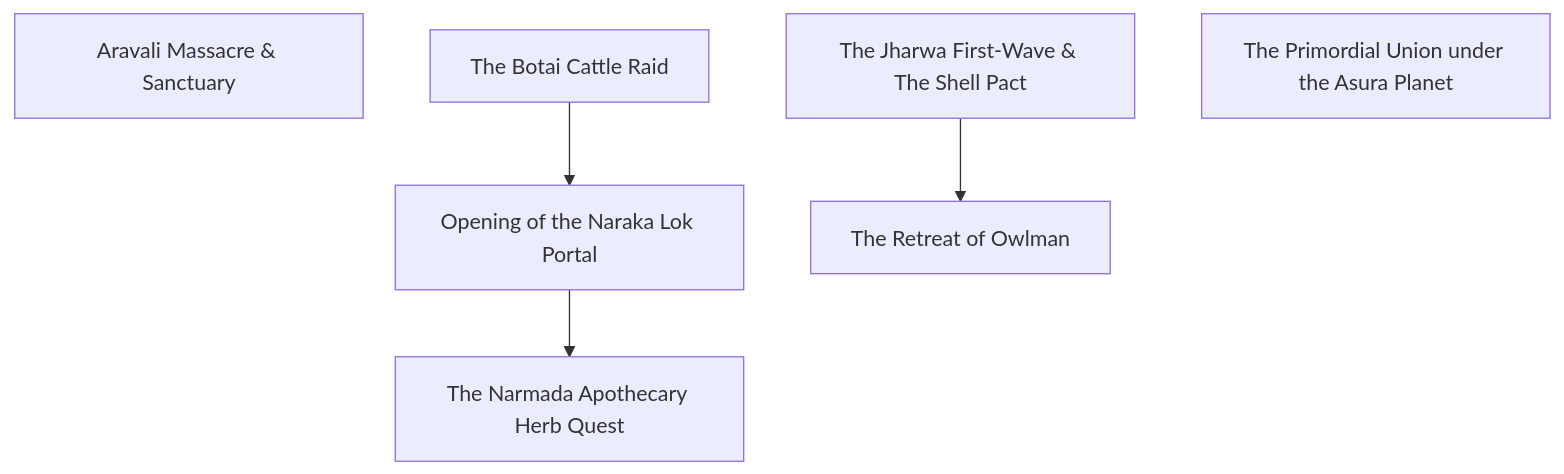
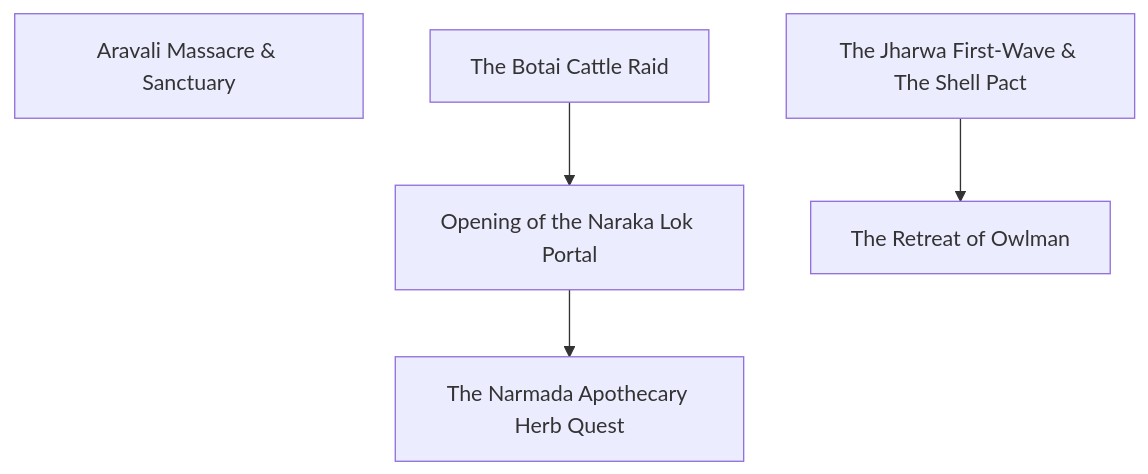
One commit to lordlebu/SouthOfTethys changed the third of 6 diagrams in docs/atlas.md. Above: the diagram before and after it, drawn with Mermaid. The commit also changed other lines of this file and 47 other files, not shown here.

````diff
--- a/docs/atlas.md
+++ b/docs/atlas.md
@@ -109,13 +111,12 @@
 ```mermaid
 graph TD
     E0["Aravali Massacre & Sanctuary"]
     E1["The Botai Cattle Raid"]
     E2["The Jharwa First-Wave & The Shell Pact"]
     E3["Opening of the Naraka Lok Portal"]
     E4["The Narmada Apothecary Herb Quest"]
     E5["The Retreat of Owlman"]
-    E6["The Primordial Union under the Asura Planet"]
     E1 --> E3
     E2 --> E5
     E3 --> E4
 ```
````
